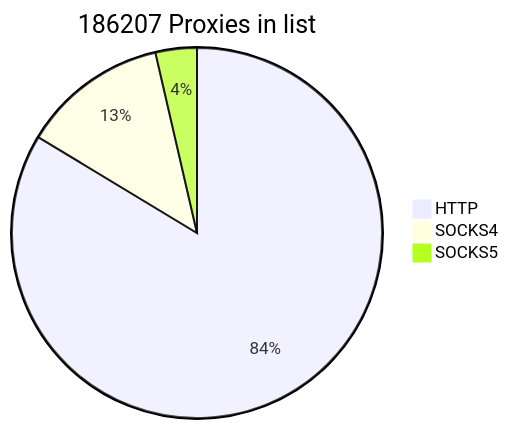
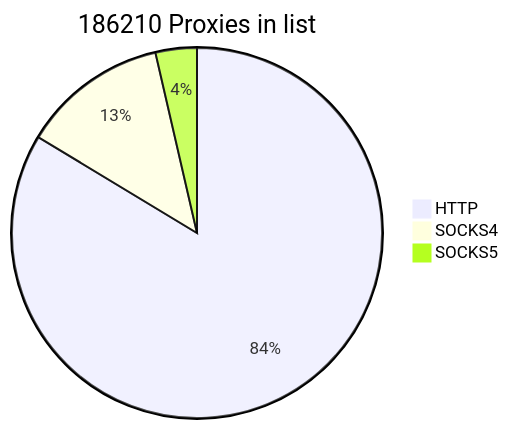
One commit to cutipu/proxylist changed the first of 2 diagrams in README.md. Above: the diagram before and after it, drawn with Mermaid. The commit also changed other lines of this file, not shown here.

````diff
--- a/README.md
+++ b/README.md
@@ -2,7 +2,7 @@
 ```mermaid
-pie title 186207 Proxies in list
-    "HTTP" : 155759
+pie title 186210 Proxies in list
+    "HTTP" : 155762
     "SOCKS4" : 23732
     "SOCKS5" : 6716
             
 ```
````
